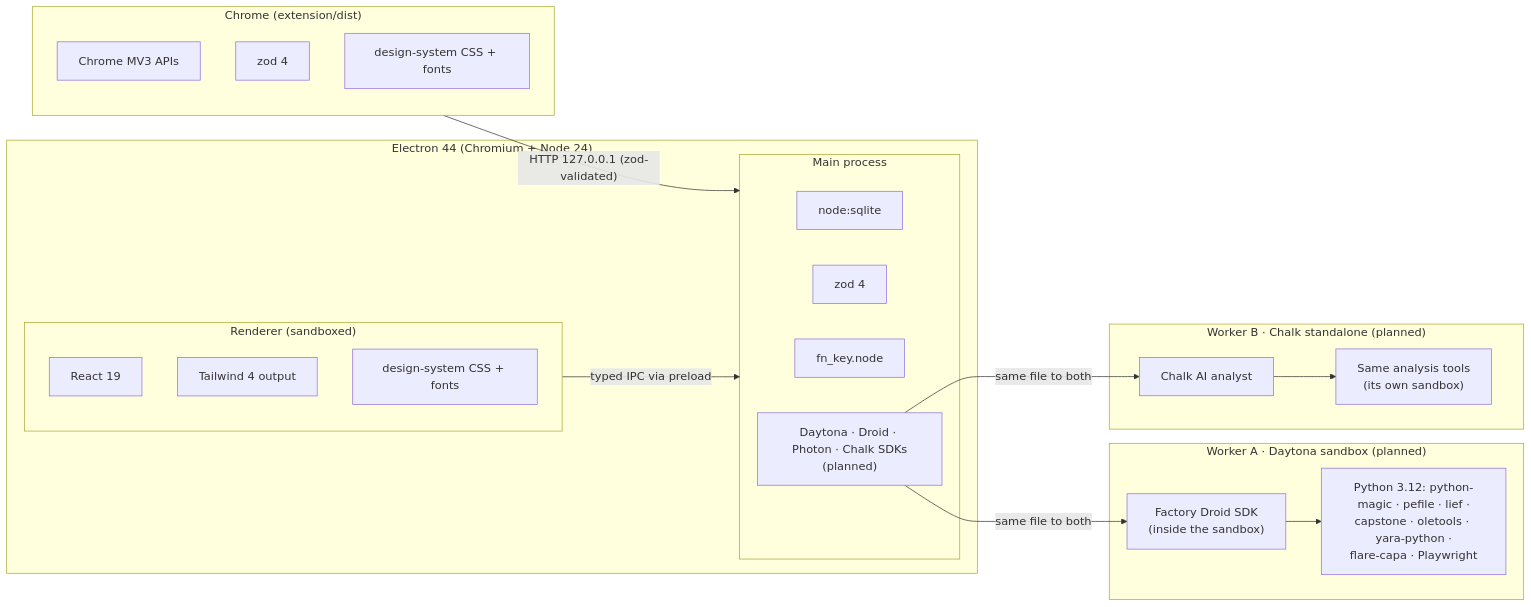
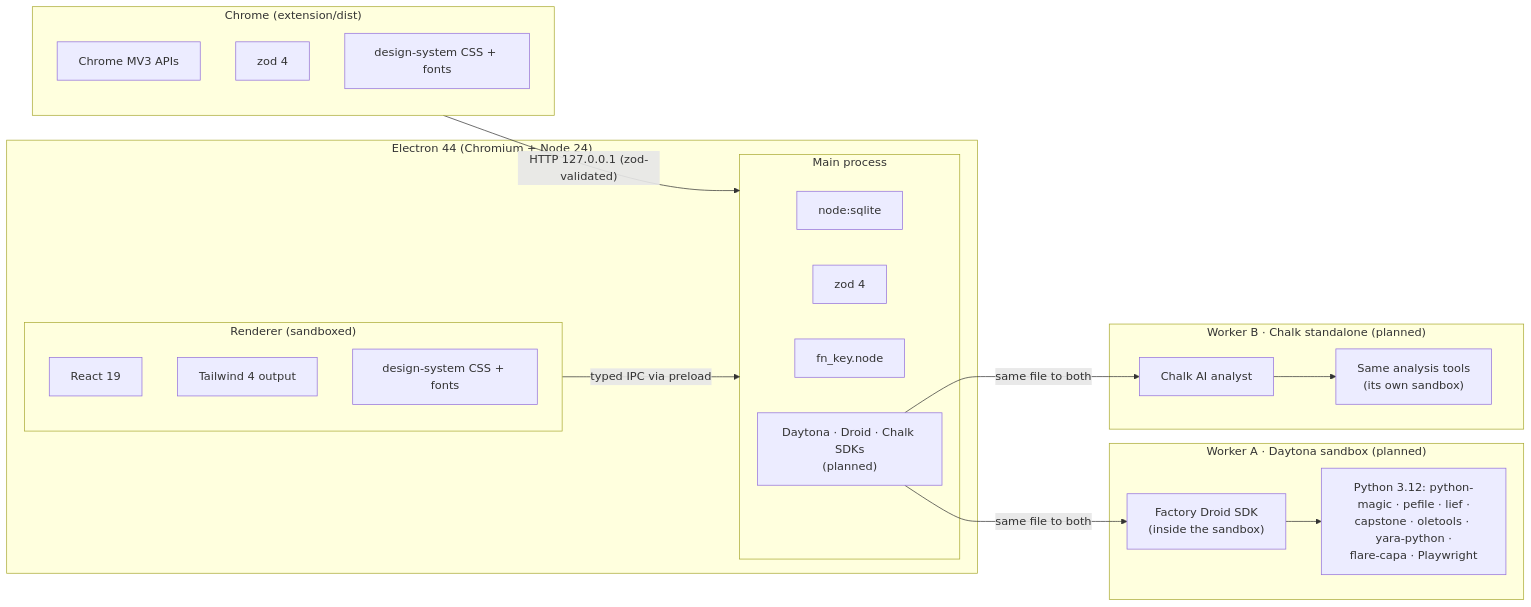
One commit to evandong1976/Aegis changed the seventh of 10 diagrams in docs/architectural.md. Above: the diagram before and after it, drawn with Mermaid. The commit also changed other lines of this file and 4 other files, not shown here.

````diff
--- a/docs/architectural.md
+++ b/docs/architectural.md
@@ -612,35 +597,35 @@
 ```mermaid
 flowchart LR
   subgraph Chrome["Chrome (extension/dist)"]
     CAPI["Chrome MV3 APIs"]
     ZE["zod 4"]
     DSE["design-system CSS + fonts"]
   end
   subgraph Electron["Electron 44 (Chromium + Node 24)"]
     subgraph Main["Main process"]
       SQL["node:sqlite"]
       ZM["zod 4"]
       FNK["fn_key.node"]
-      SDKS["Daytona · Droid · Photon · Chalk SDKs<br/>(planned)"]
+      SDKS["Daytona · Droid · Chalk SDKs<br/>(planned)"]
     end
     subgraph Renderer["Renderer (sandboxed)"]
       REACT["React 19"]
       TW["Tailwind 4 output"]
       DSR["design-system CSS + fonts"]
     end
   end
   subgraph WA["Worker A · Daytona sandbox (planned)"]
     DR["Factory Droid SDK<br/>(inside the sandbox)"]
     PY["Python 3.12: python-magic · pefile · lief ·<br/>capstone · oletools · yara-python ·<br/>flare-capa · Playwright"]
   end
   subgraph WB["Worker B · Chalk standalone (planned)"]
     CH["Chalk AI analyst"]
     PYB["Same analysis tools<br/>(its own sandbox)"]
   end
   Chrome -->|"HTTP 127.0.0.1 (zod-validated)"| Main
   Renderer -->|"typed IPC via preload"| Main
   SDKS -->|"same file to both"| DR
   SDKS -->|"same file to both"| CH
   DR --> PY
   CH --> PYB
 ```
````
